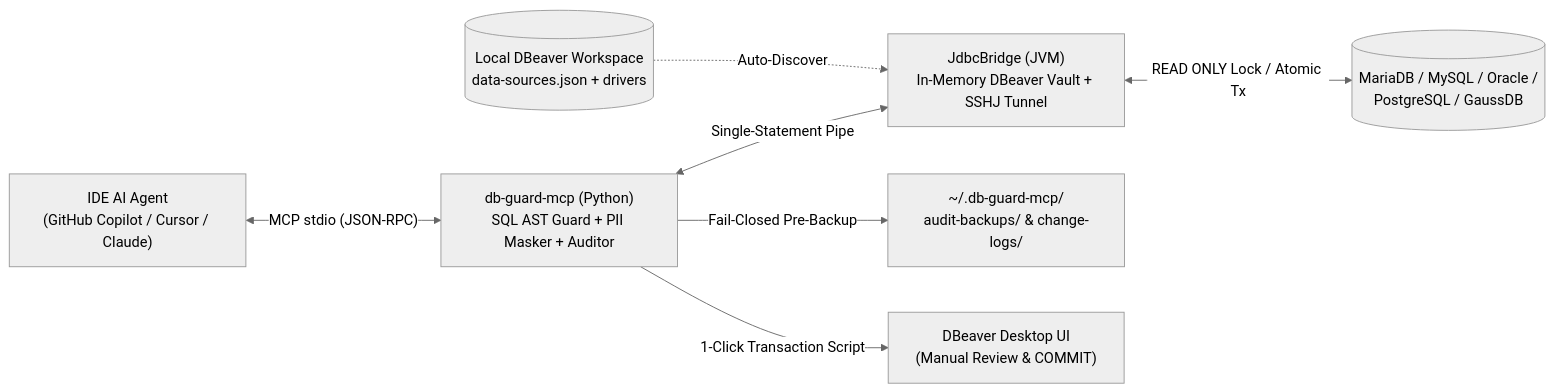
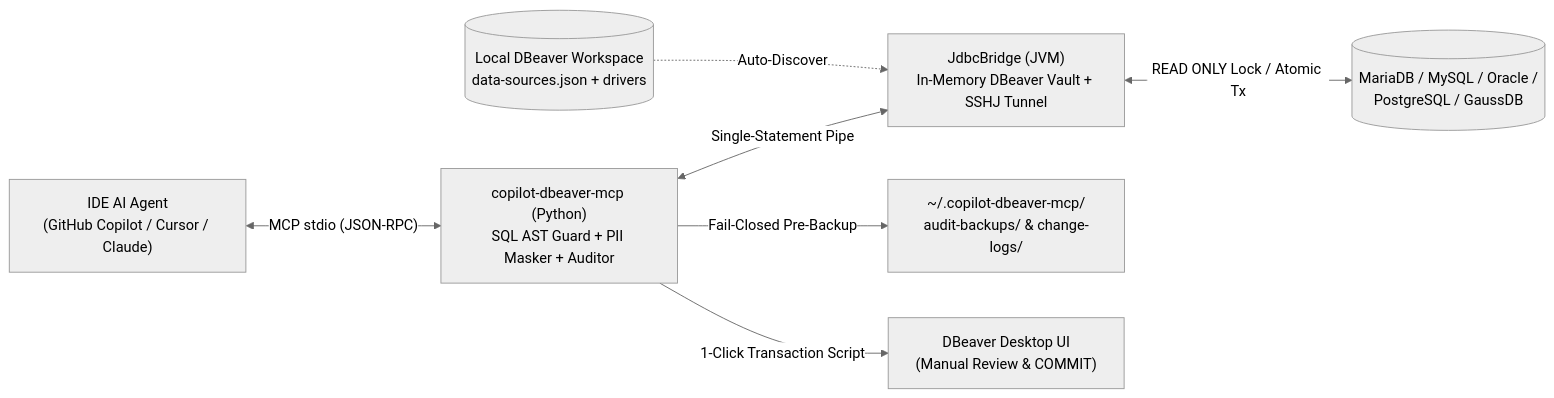
Before and after one commit to kasonye/copilot-dbeaver-mcp: the diagram in README.md, drawn with Mermaid (neutral theme). The commit also changed other lines of this file and 20 other files, not shown here.

Commit message:
refactor!: align project, package, and CLI name to copilot-dbeaver-mcp

````diff
--- a/README.md
+++ b/README.md
@@ -33,9 +33,9 @@
 ```mermaid
 flowchart LR
-    IDE["IDE AI Agent<br/>(GitHub Copilot / Cursor / Claude)"] <-->|"MCP stdio (JSON-RPC)"| PY["db-guard-mcp (Python)<br/>SQL AST Guard + PII Masker + Auditor"]
+    IDE["IDE AI Agent<br/>(GitHub Copilot / Cursor / Claude)"] <-->|"MCP stdio (JSON-RPC)"| PY["copilot-dbeaver-mcp (Python)<br/>SQL AST Guard + PII Masker + Auditor"]
     PY <-->|"Single-Statement Pipe"| JVM["JdbcBridge (JVM)<br/>In-Memory DBeaver Vault + SSHJ Tunnel"]
     DBV[("Local DBeaver Workspace<br/>data-sources.json + drivers")] -.->|"Auto-Discover"| JVM
     JVM <-->|"READ ONLY Lock / Atomic Tx"| DB[("MariaDB / MySQL / Oracle /<br/>PostgreSQL / GaussDB")]
-    PY -->|"Fail-Closed Pre-Backup"| BKP["~/.db-guard-mcp/<br/>audit-backups/ & change-logs/"]
+    PY -->|"Fail-Closed Pre-Backup"| BKP["~/.copilot-dbeaver-mcp/<br/>audit-backups/ & change-logs/"]
     PY -->|"1-Click Transaction Script"| GUI["DBeaver Desktop UI<br/>(Manual Review & COMMIT)"]
 ```
````
